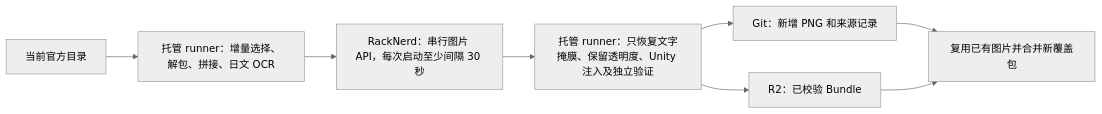
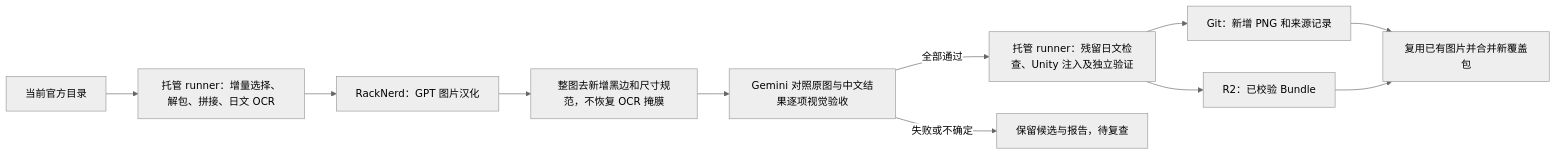
Before and after one commit to kohakunamori/MLTDTranslationAssets: the diagram in docs/IMAGE_INCREMENTAL.md, drawn with Mermaid (neutral theme). The commit also changed other lines of this file and 18 other files, not shown here.

Commit message:
feat(images): gate GPT translations with Gemini visual acceptance

````diff
--- a/docs/IMAGE_INCREMENTAL.md
+++ b/docs/IMAGE_INCREMENTAL.md
@@ -11,10 +12,13 @@
 ```mermaid
 flowchart LR
   Index[当前官方目录] --> Hosted[托管 runner：增量选择、解包、拼接、日文 OCR]
-  Hosted --> VPS[RackNerd：串行图片 API，每次启动至少间隔 30 秒]
-  VPS --> Audit[托管 runner：只恢复文字掩膜、保留透明度、Unity 注入及独立验证]
+  Hosted --> VPS[RackNerd：GPT 图片汉化]
+  VPS --> Norm[整图去新增黑边和尺寸规范，不恢复 OCR 掩膜]
+  Norm --> Vision[Gemini 对照原图与中文结果逐项视觉验收]
+  Vision -->|全部通过| Audit[托管 runner：残留日文检查、Unity 注入及独立验证]
+  Vision -->|失败或不确定| Hold[保留候选与报告，待复查]
   Audit --> Git[Git：新增 PNG 和来源记录]
   Audit --> R2[R2：已校验 Bundle]
   Git --> Release[复用已有图片并合并新覆盖包]
   R2 --> Release
 ```
````
